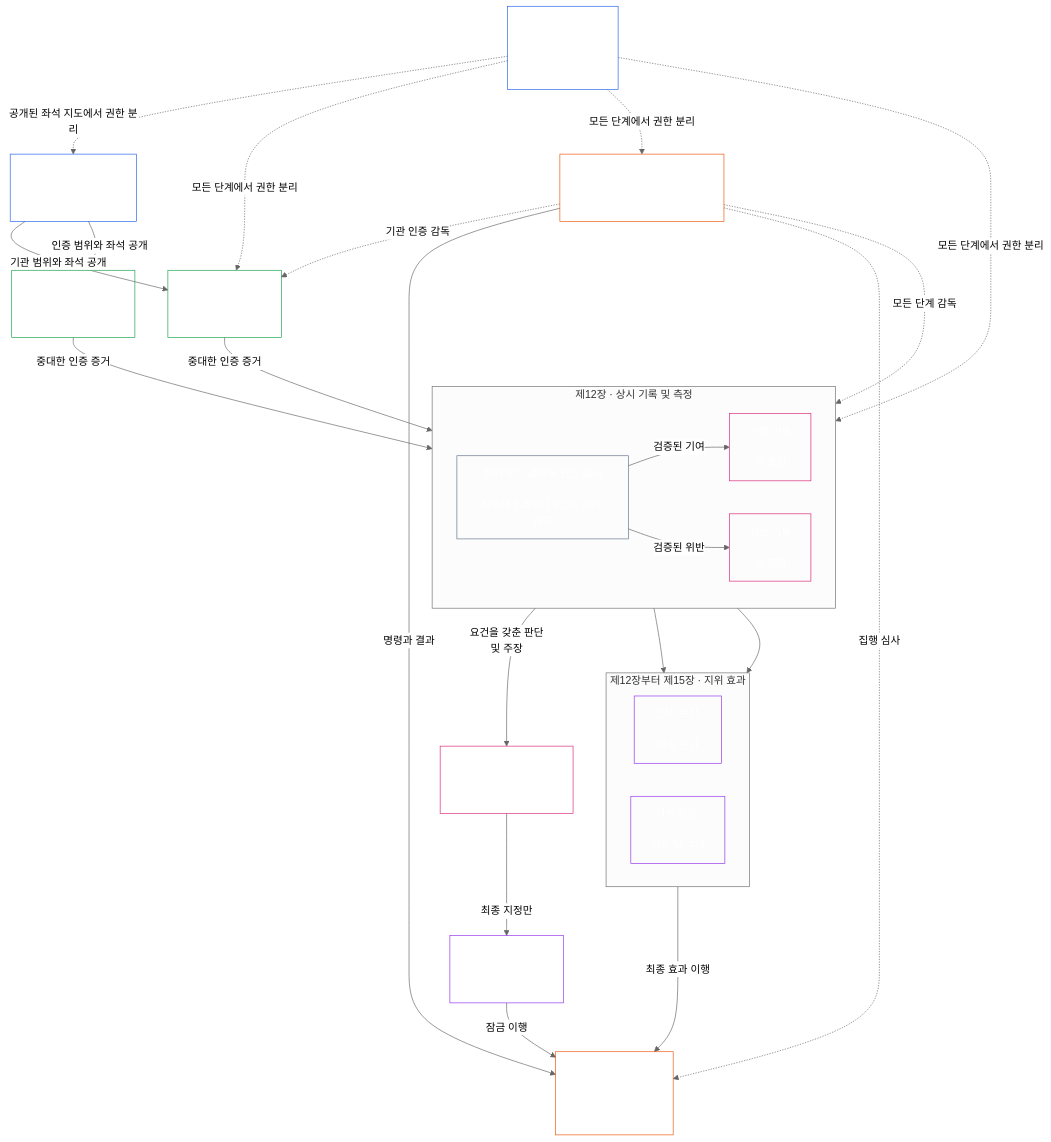
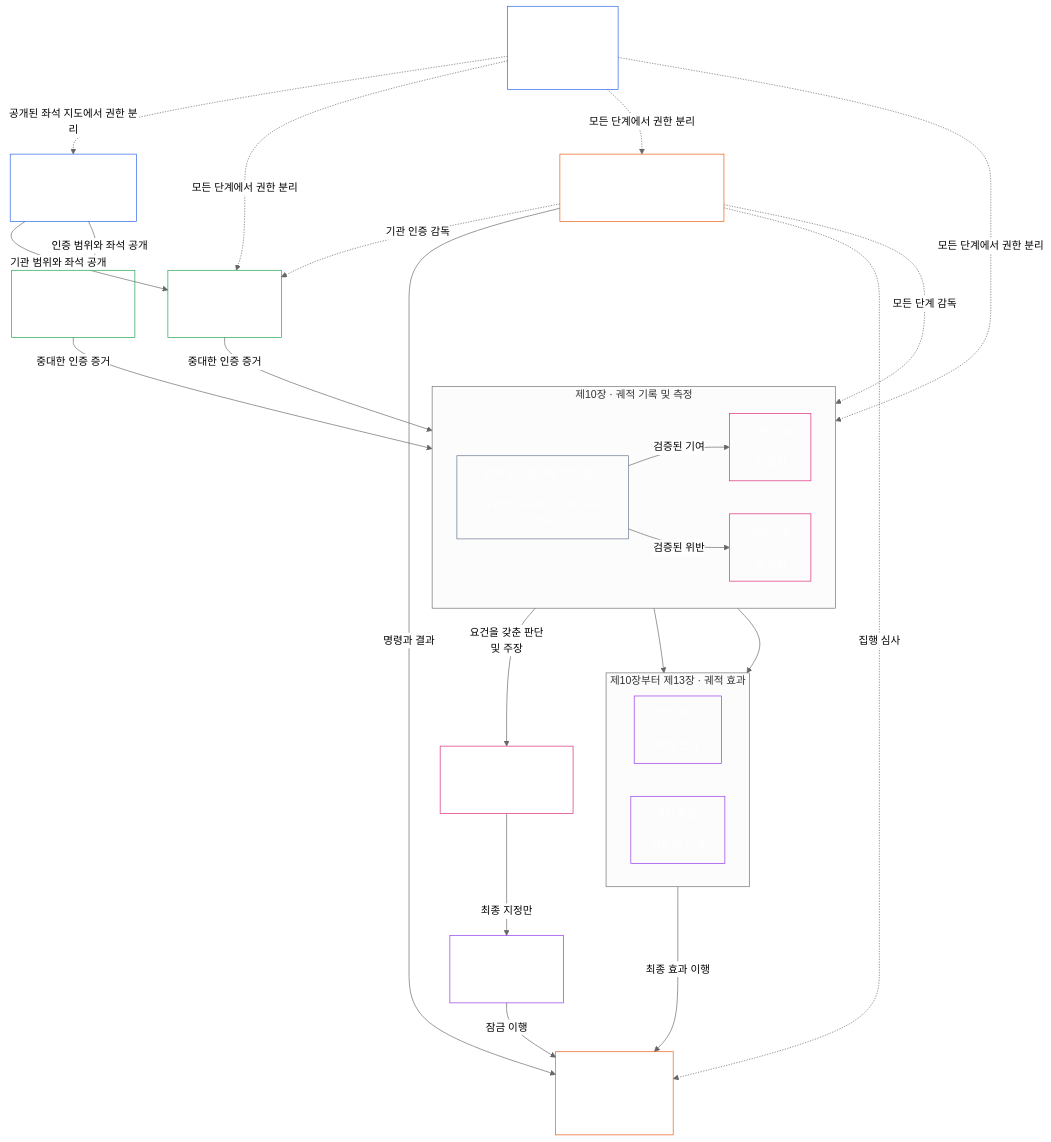
One commit to kfoelsch/Sentient_Constitution changed the second of 2 diagrams in project/translation_drafts/2026-11-26/ch00_ch01_resync/ko__core_01.000_constitutional_map.md. Above: the diagram before and after it, drawn with Mermaid (neutral theme). The commit also changed other lines of this file and 22 other files, not shown here.

````diff
--- a/project/translation_drafts/2026-11-26/ch00_ch01_resync/ko__core_01.000_constitutional_map.md
+++ b/project/translation_drafts/2026-11-26/ch00_ch01_resync/ko__core_01.000_constitutional_map.md
@@ -238,55 +257,55 @@
 ```mermaid
 flowchart TB
-    D["제8장<br/><br/>기능적 독립성과<br/>책무 분리"]
-    H["제7장<br/><br/>시스템 및 기관 헌장"]
-    S["제10장<br/><br/>시스템 정합성 인증"]
-    I["제11장<br/><br/>기관 정합성 인증"]
-    subgraph Q["제12장 · 상시 기록 및 측정"]
+    D["제6장<br/><br/>기능적 독립성과<br/>직무 분리"]
+    H["제5장<br/><br/>시스템 및 기관 헌장"]
+    S["제8장<br/><br/>시스템 정합성 인증"]
+    I["제9장<br/><br/>기관 정합성 인증"]
+    subgraph Q["제10장 · 궤적 기록 및 측정"]
         direction LR
         E["행위 또는 결과에 관한 증거<br/><br/>하위핵 3-A부터 3-C에 따라 검증"]
         C["기여 기록<br/><br/>및 측정"]
         V["위반 기록<br/><br/>및 측정"]
     end
-    subgraph N["제12장부터 제15장 · 지위 효과"]
+    subgraph N["제10장부터 제13장 · 궤적 효과"]
         direction LR
         U["인정, 보상,<br/><br/>역량 인가"]
-        R["지위 잠금,<br/><br/>시정 및 구제"]
+        R["궤적 잠금,<br/><br/>시정 및 구제"]
     end
-    M["제16장<br/><br/>반헌정 위법행위 심사"]
-    L["제14장<br/><br/>반헌정 신뢰 잠금"]
-    F["제18장 및 제19장 포럼<br/><br/>감독, 이의 제기 및 적시 심사"]
-    X["제21장 및 제22장<br/><br/>집행: 결과 이행,<br/>한도 내 특별 집행"]
+    M["제14장<br/><br/>반헌법 위법행위 심사"]
+    L["제12장<br/><br/>반헌법 신뢰 잠금"]
+    F["제16장 및 제17장 포럼<br/><br/>감독, 이의 제기 및 적시 심사"]
+    X["제19장 및 제20장<br/><br/>집행: 결과 이행,<br/>한도 내 특별 집행"]
     D -.->|공개된 좌석 지도에서 권한 분리| H
     H -->|기관 범위와 좌석 공개| I
     H -->|인증 범위와 좌석 공개| S
     D -.->|모든 단계에서 권한 분리| I
     D -.->|모든 단계에서 권한 분리| E
     D -.->|모든 단계에서 권한 분리| F
     C --> U
     V --> R
     M -->|최종 지정만| L
     V -->|요건을 갖춘 판단<br/>및 주장| M
     S -->|중대한 인증 증거| E
     I -->|중대한 인증 증거| E
     E -->|검증된 기여| C
     E -->|검증된 위반| V
     F -.->|모든 단계 감독| E
     F -.->|기관 인증 감독| I
     R -->|최종 효과 이행| X
     L -->|잠금 이행| X
     F -->|명령과 결과| X
     F -.->|집행 심사| X
     style H fill:none,stroke:#2563eb,color:#ffffff
     style D fill:none,stroke:#2563eb,color:#ffffff
     style S fill:none,stroke:#16a34a,color:#ffffff
     style I fill:none,stroke:#16a34a,color:#ffffff
     style E fill:none,stroke:#64748b,color:#ffffff
     style C fill:none,stroke:#db2777,color:#ffffff
     style V fill:none,stroke:#db2777,color:#ffffff
     style U fill:none,stroke:#9333ea,color:#ffffff
     style R fill:none,stroke:#9333ea,color:#ffffff
     style M fill:none,stroke:#db2777,color:#ffffff
     style L fill:none,stroke:#9333ea,color:#ffffff
     style F fill:none,stroke:#ea580c,color:#ffffff
     style X fill:none,stroke:#ea580c,color:#ffffff
 ```
````
